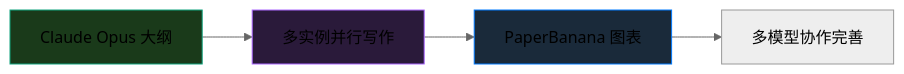
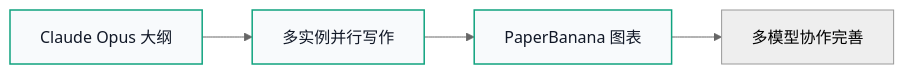
One commit to yiweinanzi/ai-research-ebook changed the fifth of 5 diagrams in src/content/docs/tools/workflow.mdx. Above: the diagram before and after it, drawn with Mermaid (neutral theme). The commit also changed other lines of this file and 5 other files, not shown here.

````diff
--- a/src/content/docs/tools/workflow.mdx
+++ b/src/content/docs/tools/workflow.mdx
@@ -169,10 +168,9 @@
 ```mermaid
 flowchart LR
     A[Claude Opus 大纲] --> B[多实例并行写作]
     B --> C[PaperBanana 图表]
     C --> D[多模型协作完善]
 
-    style A fill:#1a3a1a,stroke:#10a37f
-    style B fill:#2a1a3a,stroke:#ab68ff
-    style C fill:#1a2a3a,stroke:#007aff
+    classDef writing fill:#f8fafc,stroke:#10a37f,stroke-width:1.5px,color:#111827
+    class A,B,C writing
 ```
````
